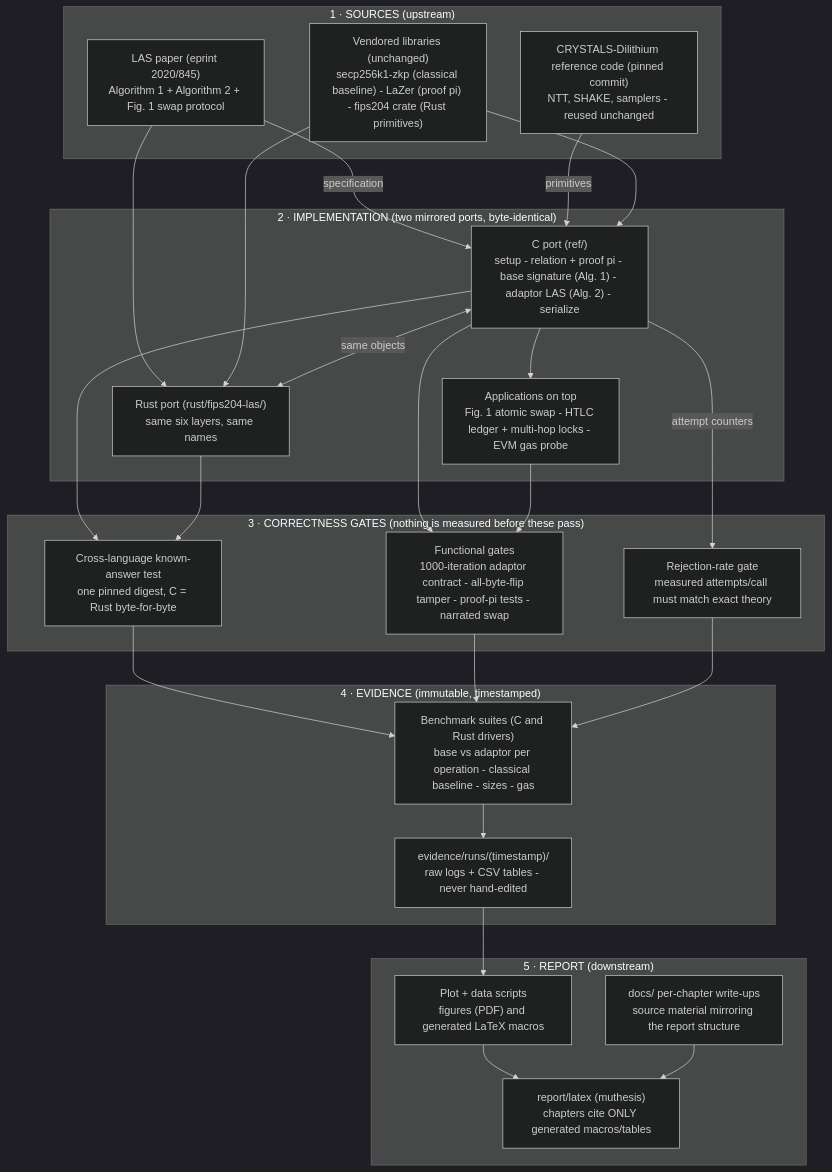
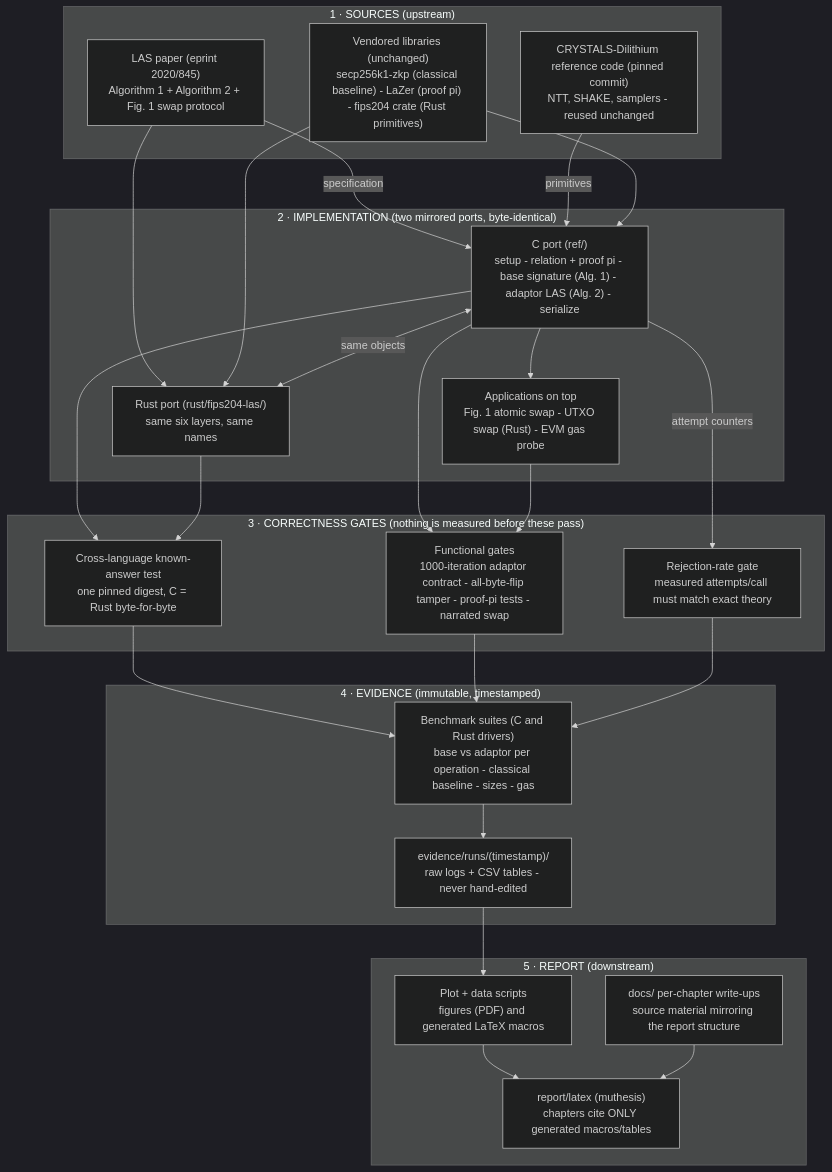
One commit to roycesteven/dilithium-msc-project changed the diagram in README.md. Above: the diagram before and after it, drawn with Mermaid (dark theme). The commit also changed 95 other files, not shown here.

````diff
--- a/README.md
+++ b/README.md
@@ -22,51 +22,51 @@
 ```mermaid
 flowchart TD
     subgraph S0["1 · SOURCES (upstream)"]
         paper["LAS paper (eprint 2020/845)<br/>Algorithm 1 + Algorithm 2 + Fig. 1 swap protocol"]
         dilithium["CRYSTALS-Dilithium reference code (pinned commit)<br/>NTT, SHAKE, samplers - reused unchanged"]
         vendored["Vendored libraries (unchanged)<br/>secp256k1-zkp (classical baseline) - LaZer (proof pi) - fips204 crate (Rust primitives)"]
     end
 
     subgraph S1["2 · IMPLEMENTATION (two mirrored ports, byte-identical)"]
         cimpl["C port (ref/)<br/>setup - relation + proof pi - base signature (Alg. 1) - adaptor LAS (Alg. 2) - serialize"]
         rimpl["Rust port (rust/fips204-las/)<br/>same six layers, same names"]
-        apps["Applications on top<br/>Fig. 1 atomic swap - HTLC ledger + multi-hop locks - EVM gas probe"]
+        apps["Applications on top<br/>Fig. 1 atomic swap - UTXO swap (Rust) - EVM gas probe"]
     end
 
     subgraph S2["3 · CORRECTNESS GATES (nothing is measured before these pass)"]
         kat["Cross-language known-answer test<br/>one pinned digest, C = Rust byte-for-byte"]
         func["Functional gates<br/>1000-iteration adaptor contract - all-byte-flip tamper - proof-pi tests - narrated swap"]
         reject["Rejection-rate gate<br/>measured attempts/call must match exact theory"]
     end
 
     subgraph S3["4 · EVIDENCE (immutable, timestamped)"]
         bench["Benchmark suites (C and Rust drivers)<br/>base vs adaptor per operation - classical baseline - sizes - gas"]
         evidence["evidence/runs/(timestamp)/<br/>raw logs + CSV tables - never hand-edited"]
     end
 
     subgraph S4["5 · REPORT (downstream)"]
         figs["Plot + data scripts<br/>figures (PDF) and generated LaTeX macros"]
         report["report/latex (muthesis)<br/>chapters cite ONLY generated macros/tables"]
         docs["docs/ per-chapter write-ups<br/>source material mirroring the report structure"]
     end
 
     paper -->|"specification"| cimpl
     dilithium -->|"primitives"| cimpl
     vendored --> cimpl
     paper --> rimpl
     vendored --> rimpl
     cimpl <-->|"same objects"| rimpl
     cimpl --> apps
     cimpl --> kat
     rimpl --> kat
     cimpl --> func
     apps --> func
     cimpl -->|"attempt counters"| reject
     kat --> bench
     func --> bench
     reject --> bench
     bench --> evidence
     evidence --> figs
     figs --> report
     docs --> report
 ```
````
